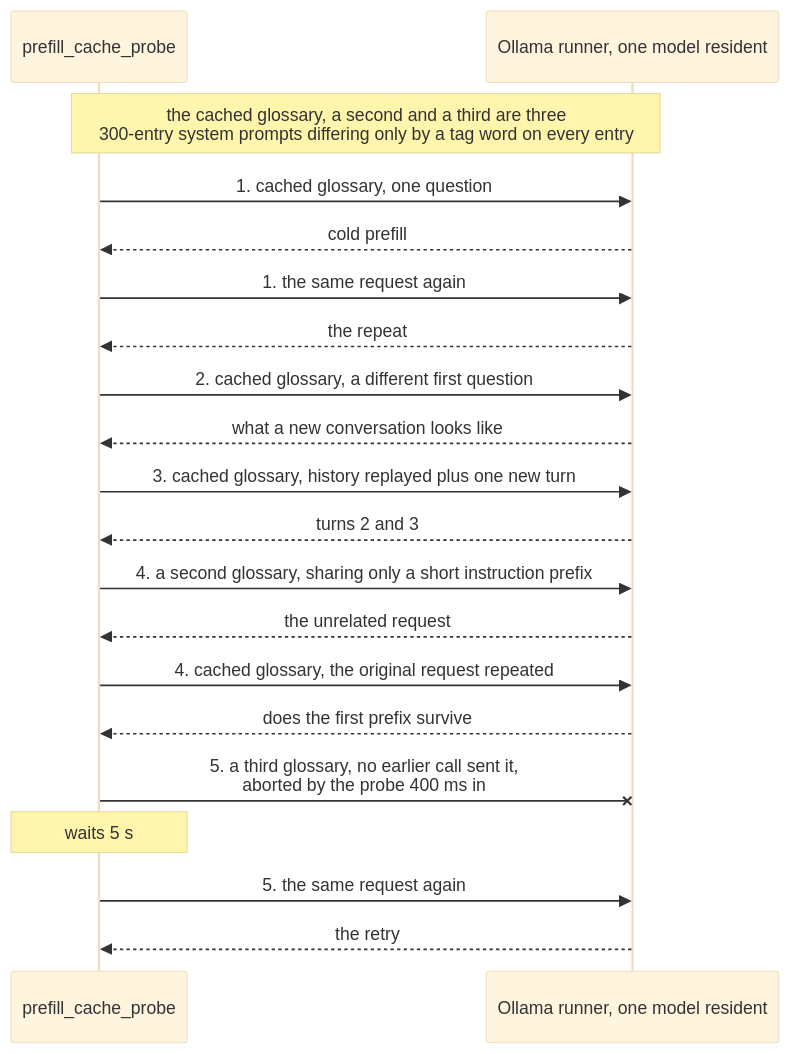
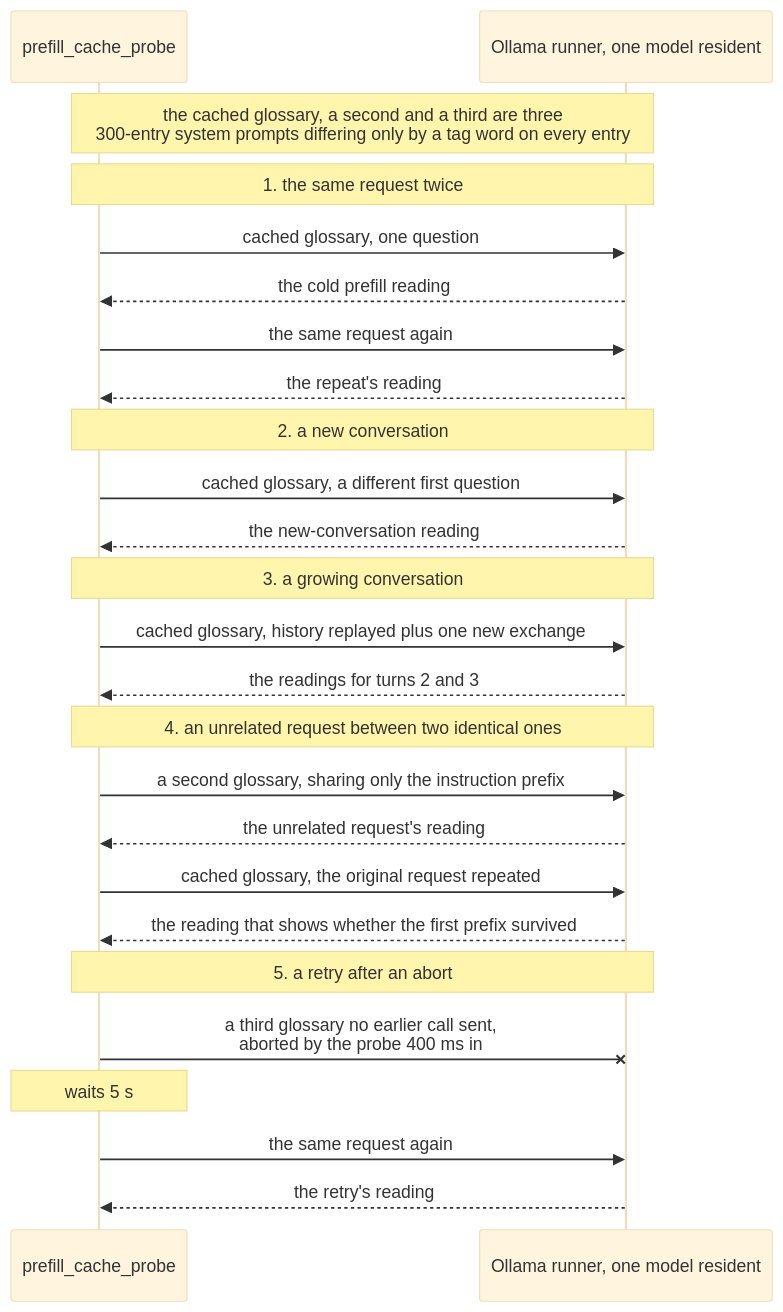
The first of 2 diagrams in adaptive_chat_server_dart/blog/article-8-prompt-cache-draft.md (freemansoft/Flutter-AdaptiveCards), drawn with Mermaid (base theme) before and after one commit. The commit also changed other lines of this file and 1 other file, not shown here.

First line of the commit message:
docs(chat-server): restructure article 8 into one finding per section, retitle

````diff
--- a/adaptive_chat_server_dart/blog/article-8-prompt-cache-draft.md
+++ b/adaptive_chat_server_dart/blog/article-8-prompt-cache-draft.md
@@ -58,23 +65,33 @@
 ```mermaid
 sequenceDiagram
   participant P as prefill_cache_probe
   participant O as Ollama runner, one model resident
 
   Note over P,O: the cached glossary, a second and a third are three<br/>300-entry system prompts differing only by a tag word on every entry
-  P->>O: 1. cached glossary, one question
-  O-->>P: cold prefill
-  P->>O: 1. the same request again
-  O-->>P: the repeat
-  P->>O: 2. cached glossary, a different first question
-  O-->>P: what a new conversation looks like
-  P->>O: 3. cached glossary, history replayed plus one new turn
-  O-->>P: turns 2 and 3
-  P->>O: 4. a second glossary, sharing only a short instruction prefix
-  O-->>P: the unrelated request
-  P->>O: 4. cached glossary, the original request repeated
-  O-->>P: does the first prefix survive
-  P-xO: 5. a third glossary, no earlier call sent it,<br/>aborted by the probe 400 ms in
+
+  Note over P,O: 1. the same request twice
+  P->>O: cached glossary, one question
+  O-->>P: the cold prefill reading
+  P->>O: the same request again
+  O-->>P: the repeat's reading
+
+  Note over P,O: 2. a new conversation
+  P->>O: cached glossary, a different first question
+  O-->>P: the new-conversation reading
+
+  Note over P,O: 3. a growing conversation
+  P->>O: cached glossary, history replayed plus one new exchange
+  O-->>P: the readings for turns 2 and 3
+
+  Note over P,O: 4. an unrelated request between two identical ones
+  P->>O: a second glossary, sharing only the instruction prefix
+  O-->>P: the unrelated request's reading
+  P->>O: cached glossary, the original request repeated
+  O-->>P: the reading that shows whether the first prefix survived
+
+  Note over P,O: 5. a retry after an abort
+  P-xO: a third glossary no earlier call sent,<br/>aborted by the probe 400 ms in
   Note over P: waits 5 s
-  P->>O: 5. the same request again
-  O-->>P: the retry
+  P->>O: the same request again
+  O-->>P: the retry's reading
 ```
````
